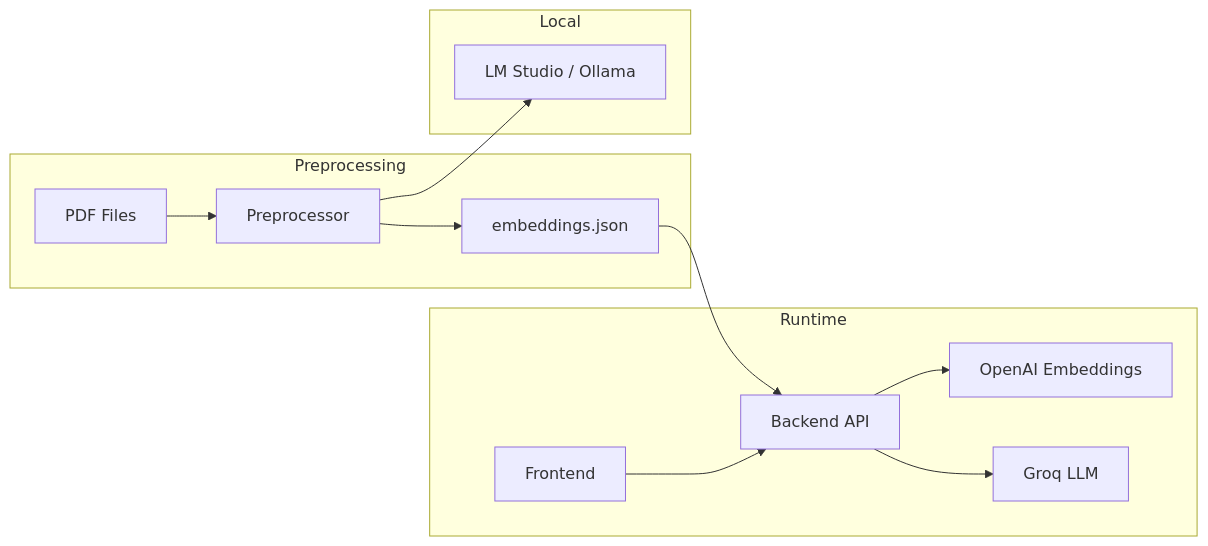
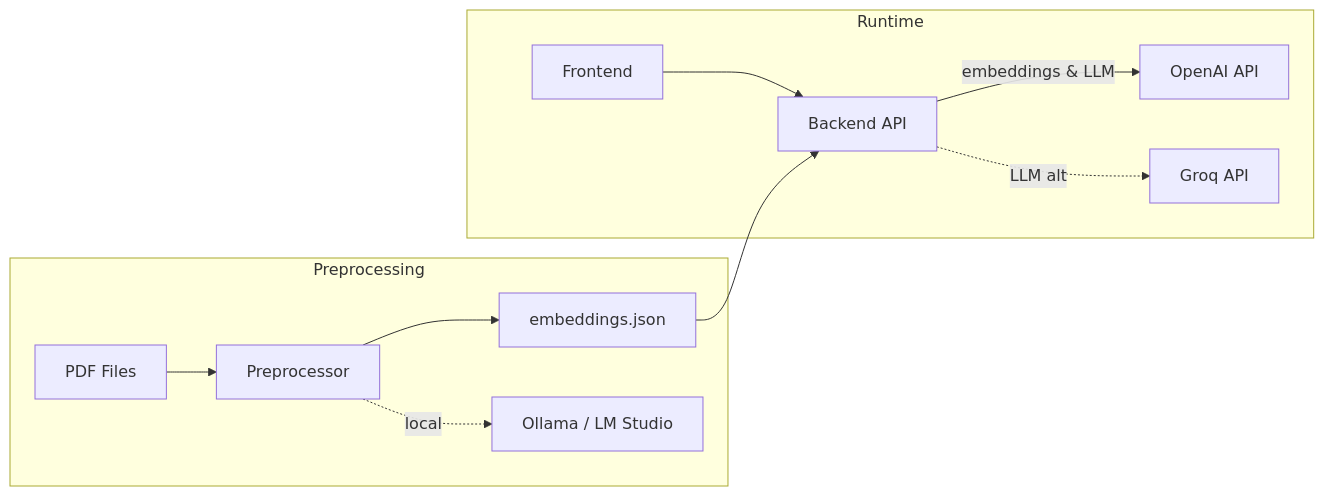
The diagram in README.md (Muhomorik/SemanticKernel-FundDocsQnA-dotnet-nextjs), drawn with Mermaid before and after one commit. The commit also changed other lines of this file and 4 other files, not shown here.

````diff
--- a/README.md
+++ b/README.md
@@ -64,18 +60,15 @@
 ```mermaid
 flowchart LR
     subgraph Preprocessing
         PDF[PDF Files] --> PRE[Preprocessor]
         PRE --> EMB[embeddings.json]
+        PRE -.->|local| LOCAL[Ollama / LM Studio]
     end
 
     subgraph Runtime
-        EMB --> API[Backend API]
-        FE[Frontend] --> API
-        API --> OAI[OpenAI Embeddings]
-        API --> GROQ[Groq LLM]
-    end
-
-    subgraph Local
-        PRE --> LMS[LM Studio / Ollama]
+        FE[Frontend] --> API[Backend API]
+        EMB --> API
+        API -->|embeddings & LLM| OAI[OpenAI API]
+        API -.->|LLM alt| GROQ[Groq API]
     end
 ```
````
